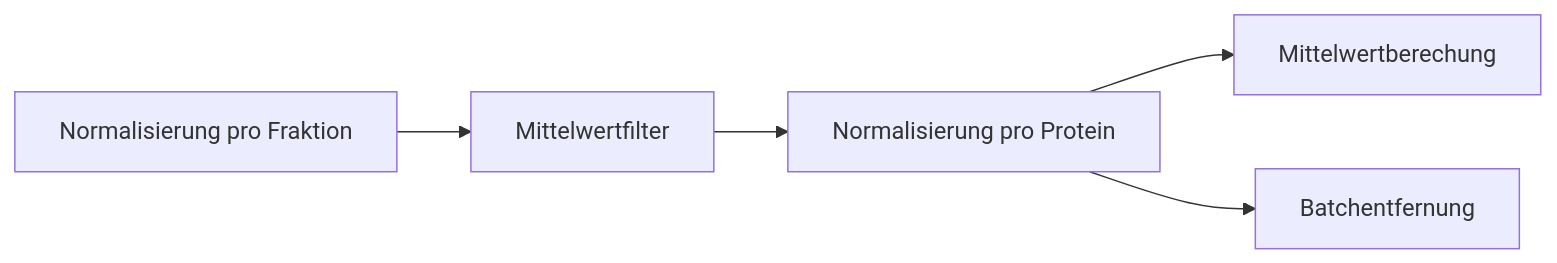
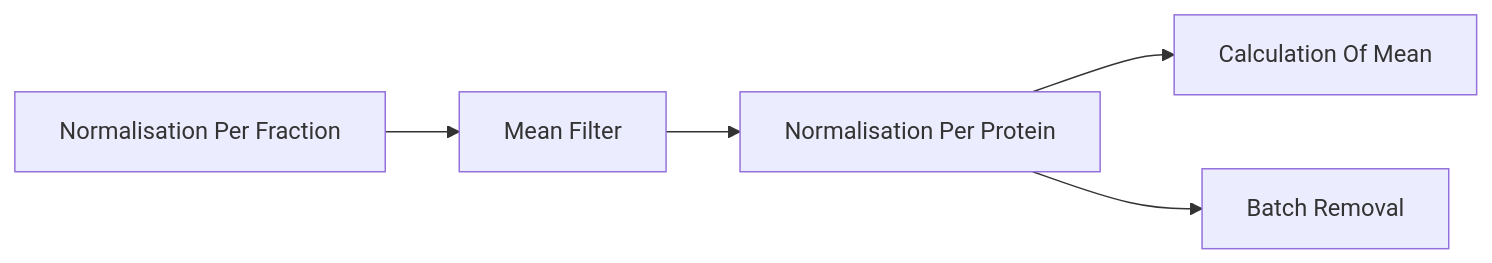
The first of 3 diagrams in README.md (MichelaPozzi/2025-topic-03-group-04), drawn with Mermaid before and after one commit. The commit also changed other lines of this file, not shown here.

````diff
--- a/README.md
+++ b/README.md
@@ -124,7 +122,7 @@
 ```mermaid
 flowchart LR
-    A[Normalisierung pro Fraktion] --> B[Mittelwertfilter]
-    B --> C[Normalisierung pro Protein]
-    C --> D[Mittelwertberechung]
-    C --> E[Batchentfernung]
+    A[Normalisation Per Fraction] --> B[Mean Filter]
+    B --> C[Normalisation Per Protein]
+    C --> D[Calculation Of Mean]
+    C --> E[Batch Removal]
 ```
````
